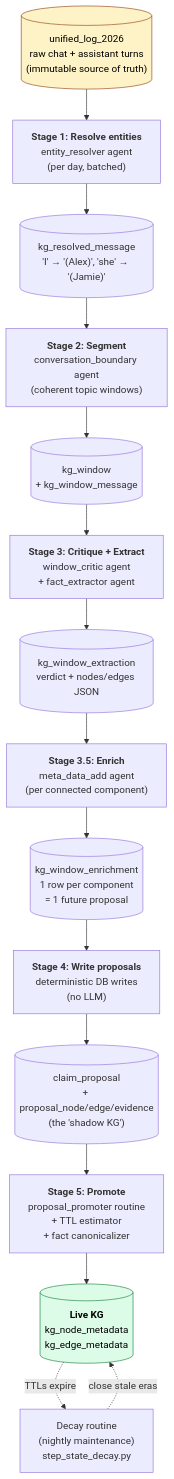
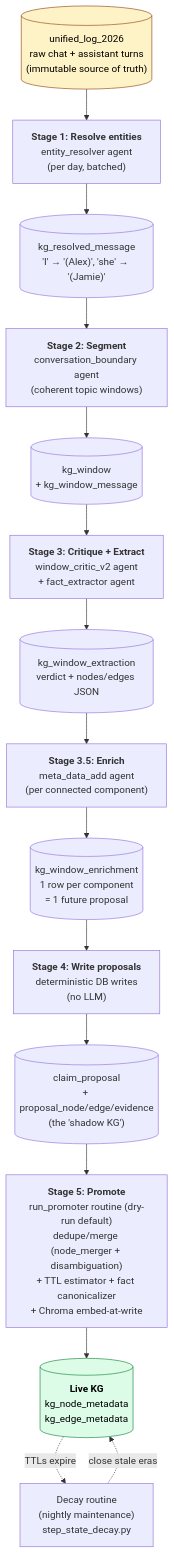
Before and after one commit to SemiSimpleMath/EmiOS-Beta: the diagram in docs/architecture/diagrams/00_KG_PIPELINE_OVERVIEW.md, drawn with Mermaid. The commit also changed other lines of this file and 49 other files, not shown here.

First line of the commit message:
docs: comprehensive code-anchored refresh of the architecture documentation

````diff
--- a/docs/architecture/diagrams/00_KG_PIPELINE_OVERVIEW.md
+++ b/docs/architecture/diagrams/00_KG_PIPELINE_OVERVIEW.md
@@ -11,36 +11,28 @@
 ```mermaid
 flowchart TD
     UL[("unified_log_2026<br/>raw chat + assistant turns<br/>(immutable source of truth)")]:::source
 
     UL --> S1["<b>Stage 1: Resolve entities</b><br/>entity_resolver agent<br/>(per day, batched)"]
     S1 --> RM[("kg_resolved_message<br/>'I' → '(Alex)', 'she' → '(Jamie)'")]
 
     RM --> S2["<b>Stage 2: Segment</b><br/>conversation_boundary agent<br/>(coherent topic windows)"]
     S2 --> WIN[("kg_window<br/>+ kg_window_message")]
 
-    WIN --> S3["<b>Stage 3: Critique + Extract</b><br/>window_critic agent<br/>+ fact_extractor agent"]
+    WIN --> S3["<b>Stage 3: Critique + Extract</b><br/>window_critic_v2 agent<br/>+ fact_extractor agent"]
     S3 --> EXT[("kg_window_extraction<br/>verdict + nodes/edges JSON")]
 
     EXT --> S35["<b>Stage 3.5: Enrich</b><br/>meta_data_add agent<br/>(per connected component)"]
     S35 --> ENR[("kg_window_enrichment<br/>1 row per component<br/>= 1 future proposal")]
 
     ENR --> S4["<b>Stage 4: Write proposals</b><br/>deterministic DB writes<br/>(no LLM)"]
     S4 --> CP[("claim_proposal<br/>+ proposal_node/edge/evidence<br/>(the 'shadow KG')")]
 
-    CP --> S5["<b>Stage 5: Promote</b><br/>proposal_promoter routine<br/>+ TTL estimator<br/>+ fact canonicalizer"]
+    CP --> S5["<b>Stage 5: Promote</b><br/>run_promoter routine (dry-run default)<br/>dedupe/merge (node_merger + disambiguation)<br/>+ TTL estimator + fact canonicalizer<br/>+ Chroma embed-at-write"]
     S5 --> KG[("<b>Live KG</b><br/>kg_node_metadata<br/>kg_edge_metadata")]:::live
 
     KG -.->|TTLs expire| DEC["Decay routine<br/>(nightly maintenance)<br/>step_state_decay.py"]
     DEC -.->|close stale eras| KG
 
-    click S1 "01_stage_resolve.md" "Stage 1 internals"
-    click S2 "02_stage_segment.md" "Stage 2 internals"
-    click S3 "03_stage_critic_extract.md" "Stage 3 internals"
-    click S35 "04_stage_enrich.md" "Stage 3.5 internals"
-    click S4 "05_stage_proposals.md" "Stage 4 internals"
-    click S5 "06_stage_promote.md" "Stage 5 internals"
-    click DEC "07_decay_routine.md" "Decay routine"
-
     classDef source fill:#fef3c7,stroke:#92400e,color:#000
     classDef live fill:#dcfce7,stroke:#15803d,color:#000
 ```
````
